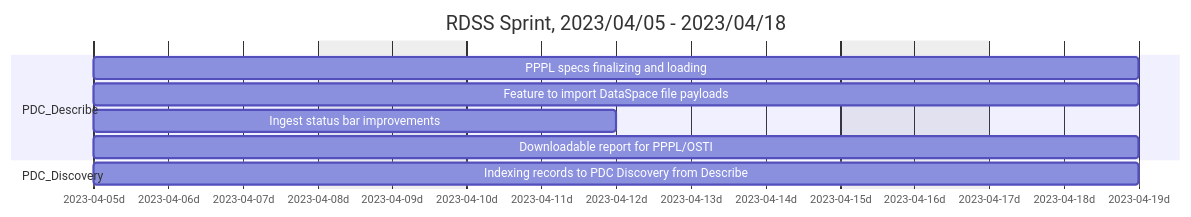
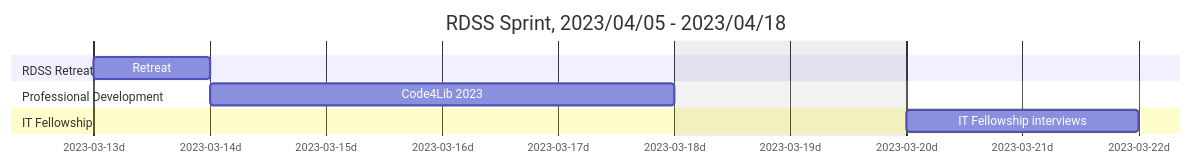
Before and after one commit to pulibrary/rdss-handbook: the fourth of 20 diagrams in roadmap.md, drawn with Mermaid. The commit also changed other lines of this file, not shown here.

````diff
--- a/roadmap.md
+++ b/roadmap.md
@@ -88,14 +92,13 @@
 ```mermaid
 gantt
     title RDSS Sprint, 2023/04/05 - 2023/04/18
     axisFormat  %Y-%m-%dd
     dateformat YYYY-MM-DD
     excludes    weekends
-    section PDC_Describe
-    PPPL specs finalizing and loading: pdc1, 2023-04-05, 10d
-    Feature to import DataSpace file payloads: pdc2, 2023-04-05, 10d
-    Ingest status bar improvements: pdc3, 2023-04-05, 5d
-    Downloadable report for PPPL/OSTI: pdc4, 2023-04-05, 10d
-    section PDC_Discovery
-    Indexing records to PDC Discovery from Describe: pdd3, 2023-04-05, 10d
+    section RDSS Retreat 
+    Retreat: rdss1, 2023-03-13, 1d
+    section Professional Development 
+    Code4Lib 2023: c4l1, 2023-03-14, 4d
+    section IT Fellowship
+    IT Fellowship interviews: itf1, 2023-03-20, 2d
 ```
````
